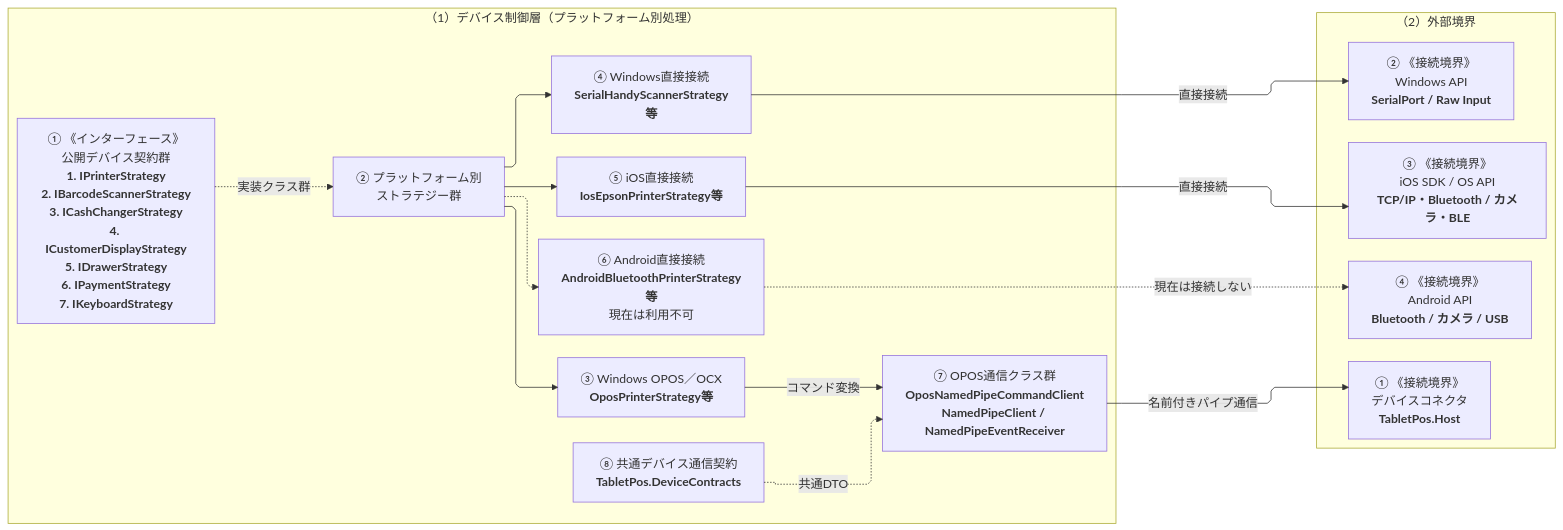
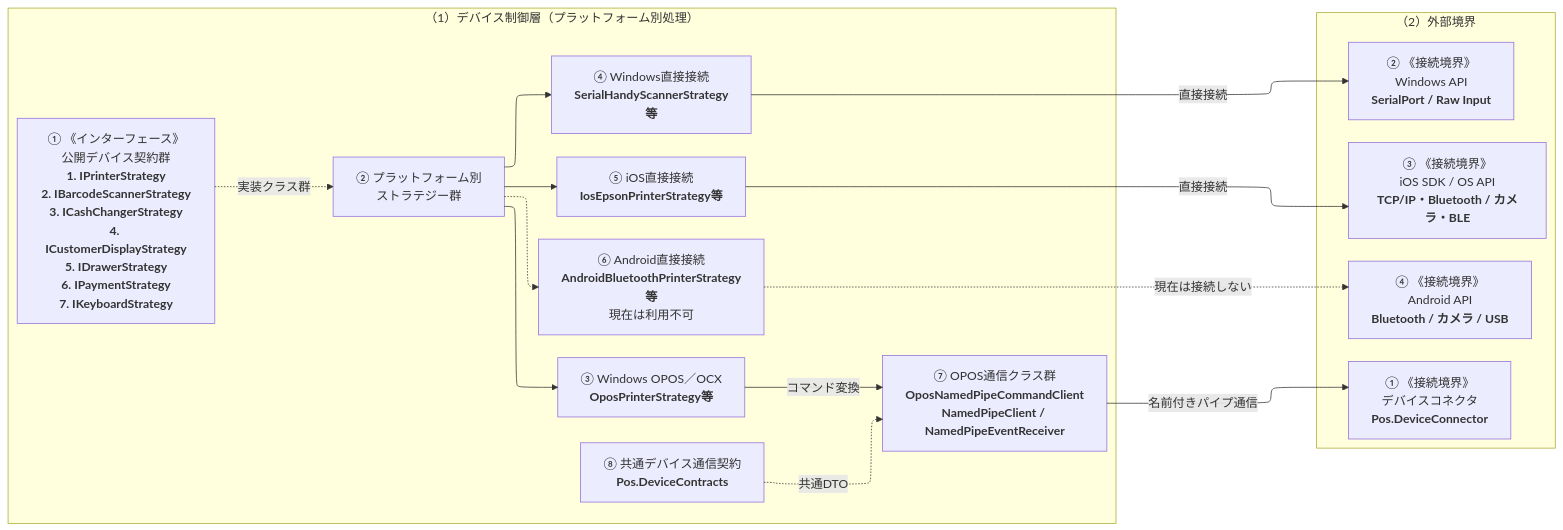
Before and after one commit to vti-sam/smj-ks-pos-stored: the third of 3 diagrams in artifacts/reports/architecture/ARCH-DEVICE-01_次世代POS_デバイス制御クラス構成図/ARCH-DEVICE-01_次世代POS_デバイス制御クラス構成図.md, drawn with Mermaid. The commit also changed other lines of this file and 99 other files, not shown here.

Commit message:
Update POS interface design and supporting documentation

````diff
--- a/artifacts/reports/architecture/ARCH-DEVICE-01_次世代POS_デバイス制御クラス構成図/ARCH-DEVICE-01_次世代POS_デバイス制御クラス構成図.md
+++ b/artifacts/reports/architecture/ARCH-DEVICE-01_次世代POS_デバイス制御クラス構成図/ARCH-DEVICE-01_次世代POS_デバイス制御クラス構成図.md
@@ -367,66 +365,66 @@
 ```mermaid
 ---
 config:
-  layout: elk
-  elk:
-    mergeEdges: false
-    nodePlacementStrategy: BRANDES_KOEPF
-    cycleBreakingStrategy: GREEDY
-  flowchart:
-    curve: linear
-    nodeSpacing: 26
-    rankSpacing: 50
+ layout: elk
+ elk:
+ mergeEdges: false
+ nodePlacementStrategy: BRANDES_KOEPF
+ cycleBreakingStrategy: GREEDY
+ flowchart:
+ curve: linear
+ nodeSpacing: 26
+ rankSpacing: 50
 ---
 flowchart LR
-    %% diagram-profile=logical-architecture
+ %% diagram-profile=logical-architecture
 %% legend-bind container.PLATFORM_DOMAIN=デバイス制御領域
 %% legend-bind container.EXTERNAL_DOMAIN=《接続境界》
-    %% legend-bind class.classNode=クラス
-    %% legend-bind class.interfaceNode=公開インターフェース
-    %% legend-bind class.contractNode=共通通信契約
-    %% legend-bind class.boundaryNode=《接続境界》
-    %% legend-bind class.unavailableNode=利用対象外実装
-    %% legend-bind edge.default=━━▶ 主な関係
-    %% legend-bind edge.dashed=┄┄▶ 補助関係
-    %% legend-bind label=コネクターラベル
-    subgraph PLATFORM_DOMAIN["（1）デバイス制御層（プラットフォーム別処理）"]
-        CONTRACT["① 《インターフェース》<br/>公開デバイス契約群<br/><b>1. IPrinterStrategy<br/>2. IBarcodeScannerStrategy<br/>3. ICashChangerStrategy<br/>4. ICustomerDisplayStrategy<br/>5. IDrawerStrategy<br/>6. IPaymentStrategy<br/>7. IKeyboardStrategy</b>"]
-        PLATFORM["② プラットフォーム別<br/>ストラテジー群"]
-        OPOS["③ Windows OPOS／OCX<br/><b>OposPrinterStrategy等</b>"]
-        WIN_DIRECT["④ Windows直接接続<br/><b>SerialHandyScannerStrategy等</b>"]
-        IOS["⑤ iOS直接接続<br/><b>IosEpsonPrinterStrategy等</b>"]
-        ANDROID["⑥ Android直接接続<br/><b>AndroidBluetoothPrinterStrategy等</b><br/>現在は利用不可"]
-        OPOS_COMM["⑦ OPOS通信クラス群<br/><b>OposNamedPipeCommandClient<br/>NamedPipeClient / NamedPipeEventReceiver</b>"]
-        DEVICE_CONTRACTS["⑧ 共通デバイス通信契約<br/><b>TabletPos.DeviceContracts</b>"]
+ %% legend-bind class.classNode=クラス
+ %% legend-bind class.interfaceNode=公開インターフェース
+ %% legend-bind class.contractNode=共通通信契約
+ %% legend-bind class.boundaryNode=《接続境界》
+ %% legend-bind class.unavailableNode=利用対象外実装
+ %% legend-bind edge.default=━━▶ 主な関係
+ %% legend-bind edge.dashed=┄┄▶ 補助関係
+ %% legend-bind label=コネクターラベル
+ subgraph PLATFORM_DOMAIN["（1）デバイス制御層（プラットフォーム別処理）"]
+ CONTRACT["① 《インターフェース》<br/>公開デバイス契約群<br/><b>1. IPrinterStrategy<br/>2. IBarcodeScannerStrategy<br/>3. ICashChangerStrategy<br/>4. ICustomerDisplayStrategy<br/>5. IDrawerStrategy<br/>6. IPaymentStrategy<br/>7. IKeyboardStrategy</b>"]
+ PLATFORM["② プラットフォーム別<br/>ストラテジー群"]
+ OPOS["③ Windows OPOS／OCX<br/><b>OposPrinterStrategy等</b>"]
+ WIN_DIRECT["④ Windows直接接続<br/><b>SerialHandyScannerStrategy等</b>"]
+ IOS["⑤ iOS直接接続<br/><b>IosEpsonPrinterStrategy等</b>"]
+ ANDROID["⑥ Android直接接続<br/><b>AndroidBluetoothPrinterStrategy等</b><br/>現在は利用不可"]
+ OPOS_COMM["⑦ OPOS通信クラス群<br/><b>OposNamedPipeCommandClient<br/>NamedPipeClient / NamedPipeEventReceiver</b>"]
+ DEVICE_CONTRACTS["⑧ 共通デバイス通信契約<br/><b>Pos.DeviceContracts</b>"]
 
-        CONTRACT -.->|実装クラス群| PLATFORM
-        PLATFORM --> OPOS
-        PLATFORM --> WIN_DIRECT
-        PLATFORM --> IOS
-        PLATFORM -.-> ANDROID
-        OPOS -->|コマンド変換| OPOS_COMM
-        DEVICE_CONTRACTS -.->|共通DTO| OPOS_COMM
-    end
+ CONTRACT -.->|実装クラス群| PLATFORM
+ PLATFORM --> OPOS
+ PLATFORM --> WIN_DIRECT
+ PLATFORM --> IOS
+ PLATFORM -.-> ANDROID
+ OPOS -->|コマンド変換| OPOS_COMM
+ DEVICE_CONTRACTS -.->|共通DTO| OPOS_COMM
+ end
 
-    subgraph EXTERNAL_DOMAIN["（2）外部境界"]
-        CONNECTOR["① 《接続境界》<br/>デバイスコネクタ<br/><b>TabletPos.Host</b>"]
-        WIN_API["② 《接続境界》<br/>Windows API<br/><b>SerialPort / Raw Input</b>"]
-        IOS_API["③ 《接続境界》<br/>iOS SDK / OS API<br/><b>TCP/IP・Bluetooth / カメラ・BLE</b>"]
-        ANDROID_API["④ 《接続境界》<br/>Android API<br/><b>Bluetooth / カメラ / USB</b>"]
-    end
+ subgraph EXTERNAL_DOMAIN["（2）外部境界"]
+ CONNECTOR["① 《接続境界》<br/>デバイスコネクタ<br/><b>Pos.DeviceConnector</b>"]
+ WIN_API["② 《接続境界》<br/>Windows API<br/><b>SerialPort / Raw Input</b>"]
+ IOS_API["③ 《接続境界》<br/>iOS SDK / OS API<br/><b>TCP/IP・Bluetooth / カメラ・BLE</b>"]
+ ANDROID_API["④ 《接続境界》<br/>Android API<br/><b>Bluetooth / カメラ / USB</b>"]
+ end
 
-    OPOS_COMM -->|名前付きパイプ通信| CONNECTOR
-    WIN_DIRECT -->|直接接続| WIN_API
-    IOS -->|直接接続| IOS_API
-    ANDROID -.->|現在は接続しない| ANDROID_API
+ OPOS_COMM -->|名前付きパイプ通信| CONNECTOR
+ WIN_DIRECT -->|直接接続| WIN_API
+ IOS -->|直接接続| IOS_API
+ ANDROID -.->|現在は接続しない| ANDROID_API
 
-    CONTRACT ~~~ CONNECTOR
-    PLATFORM ~~~ IOS_API
-    DEVICE_CONTRACTS ~~~ ANDROID_API
+ CONTRACT ~~~ CONNECTOR
+ PLATFORM ~~~ IOS_API
+ DEVICE_CONTRACTS ~~~ ANDROID_API
 
-    class CONTRACT interfaceNode
-    class PLATFORM,OPOS,WIN_DIRECT,IOS,OPOS_COMM classNode
-    class DEVICE_CONTRACTS contractNode
-    class CONNECTOR,WIN_API,IOS_API boundaryNode
-    class ANDROID,ANDROID_API unavailableNode
+ class CONTRACT interfaceNode
+ class PLATFORM,OPOS,WIN_DIRECT,IOS,OPOS_COMM classNode
+ class DEVICE_CONTRACTS contractNode
+ class CONNECTOR,WIN_API,IOS_API boundaryNode
+ class ANDROID,ANDROID_API unavailableNode
 ```
````
